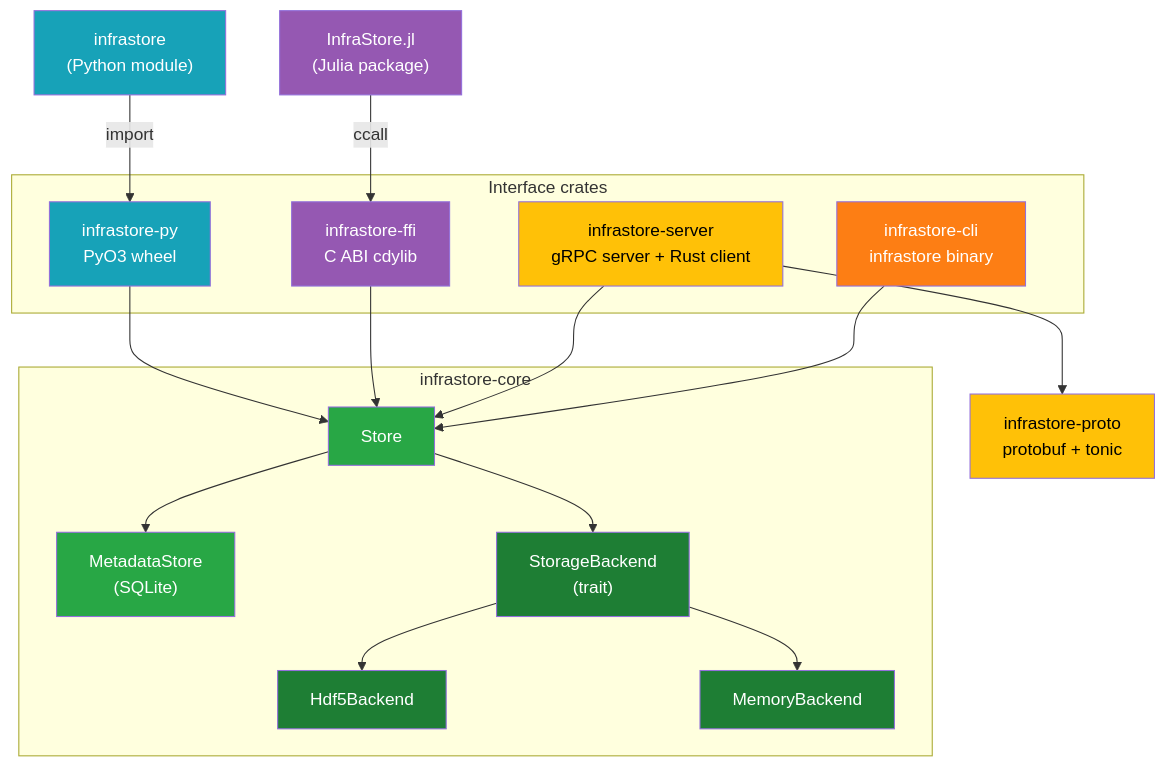
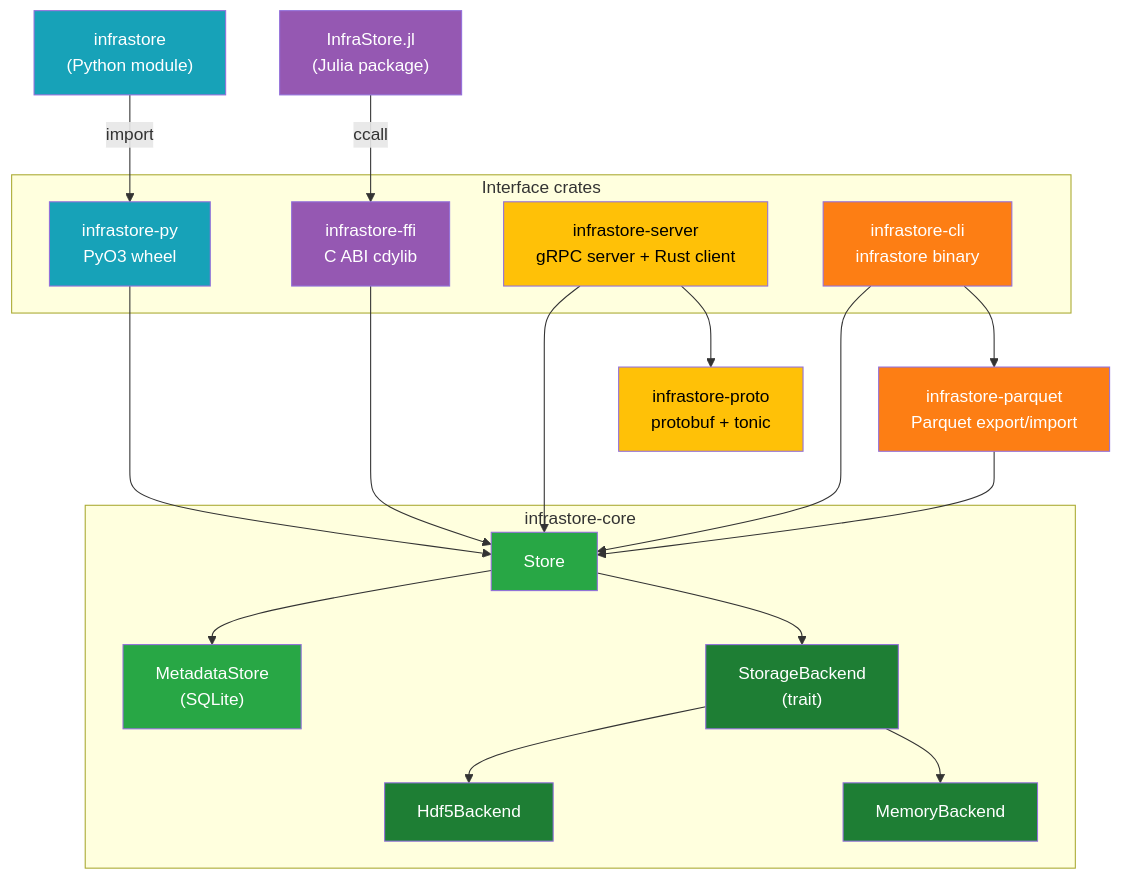
Before and after one commit to NatLabRockies/infrastore: the first of 3 diagrams in docs/src/explanation/architecture.md, drawn with Mermaid. The commit also changed other lines of this file and 5 other files, not shown here.

First line of the commit message:
Document the store_attributes table, the parquet crate, and Parquet in export's help

````diff
--- a/docs/src/explanation/architecture.md
+++ b/docs/src/explanation/architecture.md
@@ -10,46 +10,50 @@
 ```mermaid
 flowchart TB
     subgraph ifaces["Interface crates"]
         PY["infrastore-py<br/>PyO3 wheel"]
         FFI["infrastore-ffi<br/>C ABI cdylib"]
         SRV["infrastore-server<br/>gRPC server + Rust client"]
         CLI["infrastore-cli<br/>infrastore binary"]
     end
 
     PYMOD["infrastore<br/>(Python module)"]
     JL["InfraStore.jl<br/>(Julia package)"]
     PROTO["infrastore-proto<br/>protobuf + tonic"]
+    PARQ["infrastore-parquet<br/>Parquet export/import"]
 
     subgraph core["infrastore-core"]
         STORE["Store"]
         META["MetadataStore<br/>(SQLite)"]
         BACK["StorageBackend<br/>(trait)"]
         NC["Hdf5Backend"]
         MEM["MemoryBackend"]
         STORE --> META
         STORE --> BACK
         BACK --> NC
         BACK --> MEM
     end
 
     PY --> STORE
     FFI --> STORE
     SRV --> STORE
     CLI --> STORE
     PYMOD -->|"import"| PY
     JL -->|"ccall"| FFI
     SRV --> PROTO
+    CLI --> PARQ
+    PARQ --> STORE
 
     style STORE fill:#28a745,color:#fff
     style META fill:#28a745,color:#fff
     style BACK fill:#1e7e34,color:#fff
     style NC fill:#1e7e34,color:#fff
     style MEM fill:#1e7e34,color:#fff
     style PY fill:#17a2b8,color:#fff
     style PYMOD fill:#17a2b8,color:#fff
     style FFI fill:#9558b2,color:#fff
     style JL fill:#9558b2,color:#fff
     style SRV fill:#ffc107,color:#000
     style PROTO fill:#ffc107,color:#000
     style CLI fill:#fd7e14,color:#fff
+    style PARQ fill:#fd7e14,color:#fff
 ```
````
